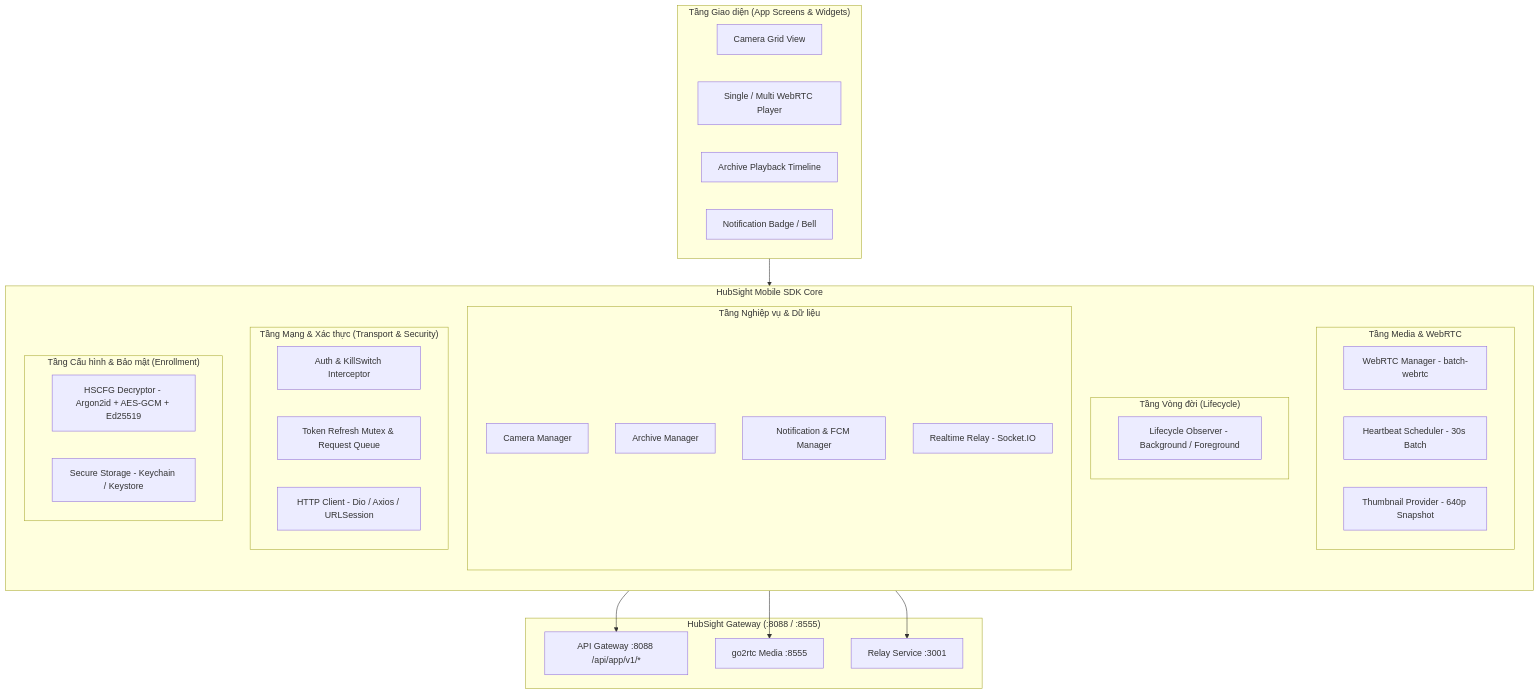
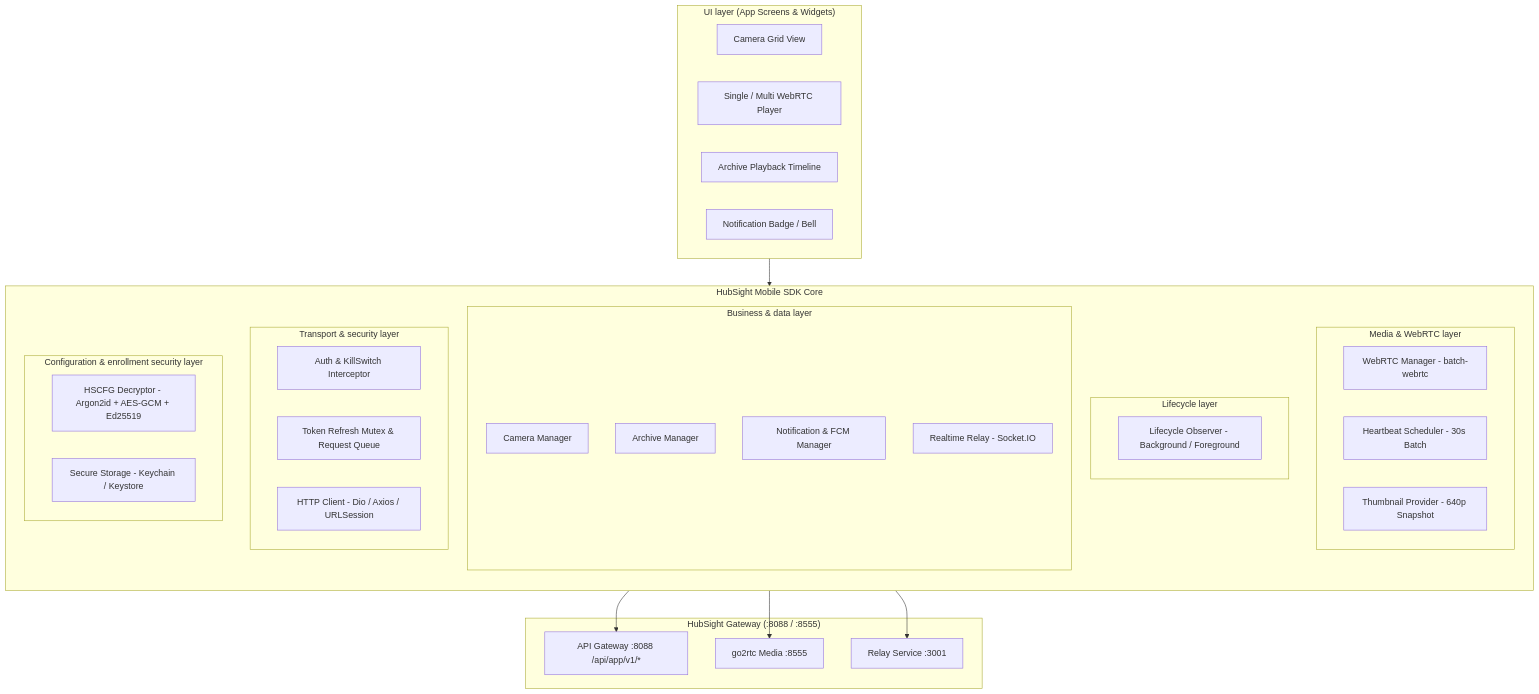
The first of 2 diagrams in docs/MOBILE_SDK_GUIDELINES.md (HubSight/hubsight), drawn with Mermaid before and after one commit. The commit also changed other lines of this file and 11 other files, not shown here.

````diff
--- a/docs/MOBILE_SDK_GUIDELINES.md
+++ b/docs/MOBILE_SDK_GUIDELINES.md
@@ -27,51 +27,51 @@
 ```mermaid
 graph TD
-    subgraph UI ["Tầng Giao diện (App Screens & Widgets)"]
+    subgraph UI ["UI layer (App Screens & Widgets)"]
         Grid[Camera Grid View]
         Player[Single / Multi WebRTC Player]
         Timeline[Archive Playback Timeline]
         Badge[Notification Badge / Bell]
     end
 
     subgraph SDK ["HubSight Mobile SDK Core"]
         direction TB
-        subgraph MediaLayer ["Tầng Media & WebRTC"]
+        subgraph MediaLayer ["Media & WebRTC layer"]
             RTC[WebRTC Manager - batch-webrtc]
             HB[Heartbeat Scheduler - 30s Batch]
             Thumb[Thumbnail Provider - 640p Snapshot]
         end
 
-        subgraph LifecycleLayer ["Tầng Vòng đời (Lifecycle)"]
+        subgraph LifecycleLayer ["Lifecycle layer"]
             AppLife[Lifecycle Observer - Background / Foreground]
         end
 
-        subgraph AuthDataLayer ["Tầng Nghiệp vụ & Dữ liệu"]
+        subgraph AuthDataLayer ["Business & data layer"]
             CamMgr[Camera Manager]
             ArchMgr[Archive Manager]
             NotifMgr[Notification & FCM Manager]
             RelayMgr[Realtime Relay - Socket.IO]
         end
 
-        subgraph TransportLayer ["Tầng Mạng & Xác thực (Transport & Security)"]
+        subgraph TransportLayer ["Transport & security layer"]
             Interceptor[Auth & KillSwitch Interceptor]
             Mutex[Token Refresh Mutex & Request Queue]
             Http[HTTP Client - Dio / Axios / URLSession]
         end
 
-        subgraph ConfigLayer ["Tầng Cấu hình & Bảo mật (Enrollment)"]
+        subgraph ConfigLayer ["Configuration & enrollment security layer"]
             Hscfg[HSCFG Decryptor - Argon2id + AES-GCM + Ed25519]
             SecStorage[Secure Storage - Keychain / Keystore]
         end
     end
 
     subgraph Backend ["HubSight Gateway (:8088 / :8555)"]
         GW[API Gateway :8088 /api/app/v1/*]
         RTC_SRV[go2rtc Media :8555]
         WS_RELAY[Relay Service :3001]
     end
 
     UI --> SDK
     MediaLayer --> RTC_SRV
     TransportLayer --> GW
     RelayMgr --> WS_RELAY
 ```
````
